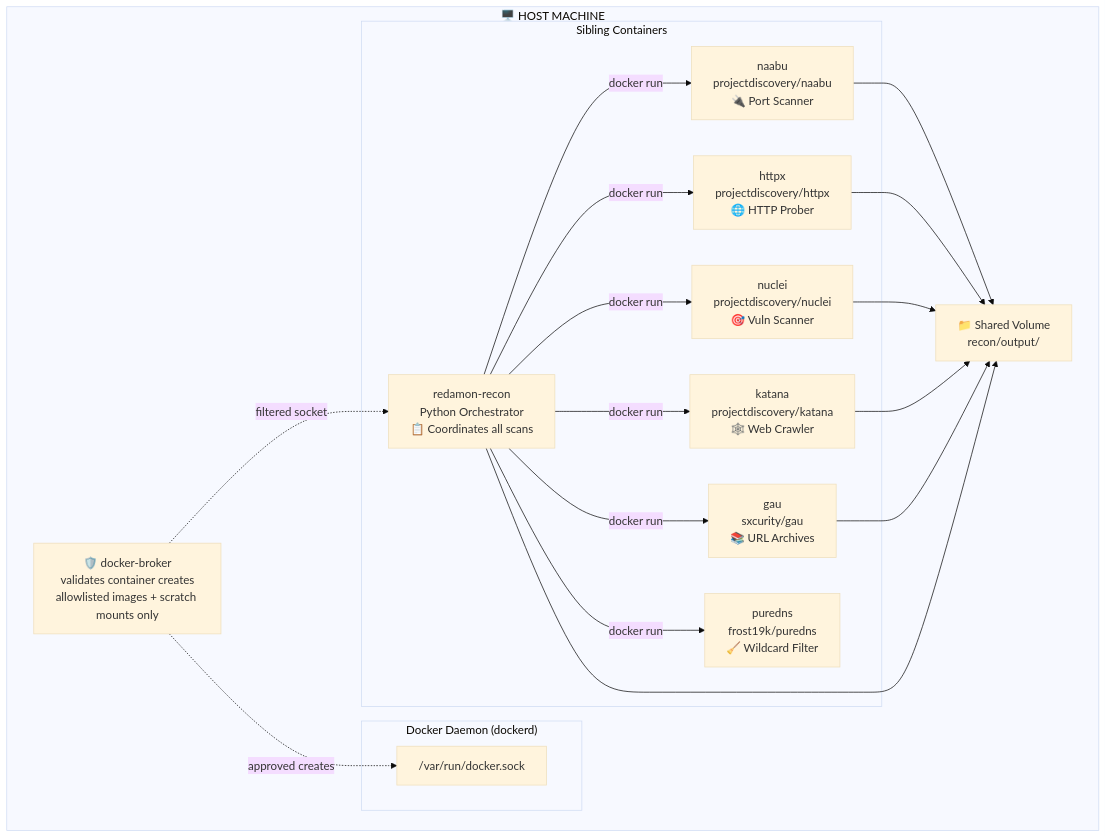
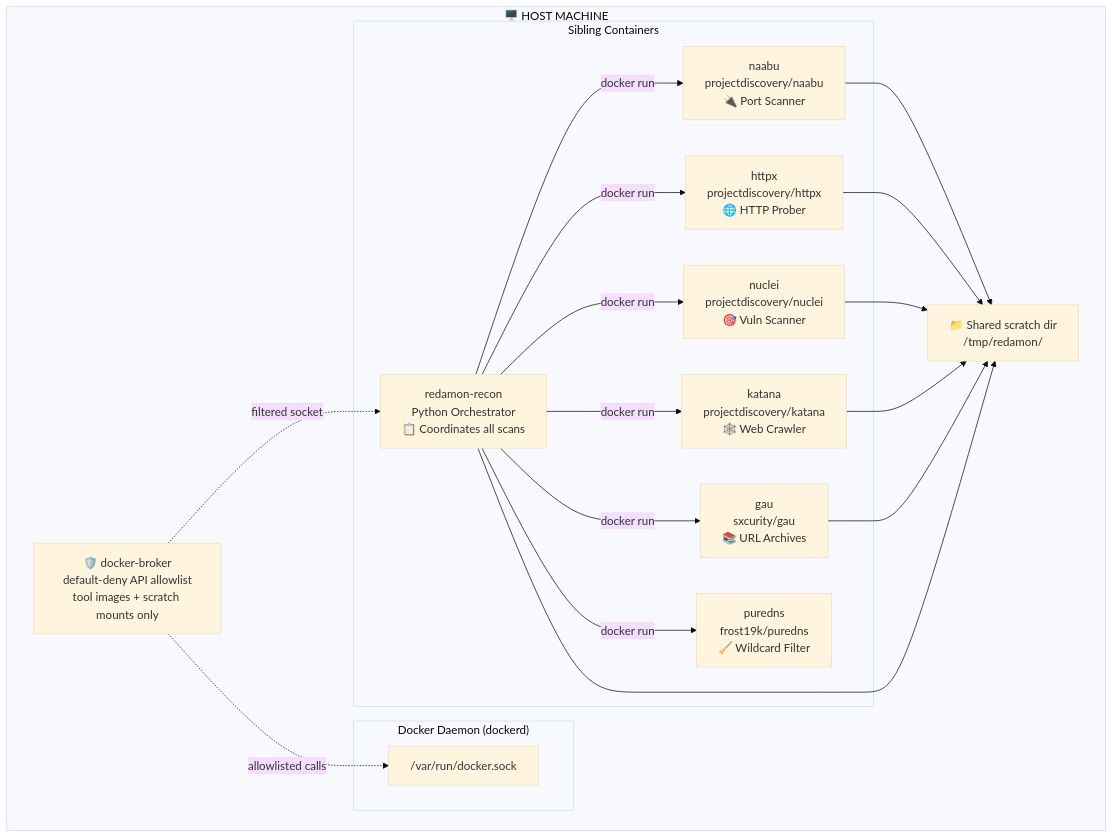
Before and after one commit to samugit83/redamon: the second of 17 diagrams in docs/readmes/README.RECON.md, drawn with Mermaid (base theme). The commit also changed other lines of this file and 13 other files, not shown here.

````diff
--- a/docs/readmes/README.RECON.md
+++ b/docs/readmes/README.RECON.md
@@ -165,38 +165,38 @@
 ```mermaid
 flowchart TB
     subgraph Host["🖥️ HOST MACHINE"]
         subgraph DockerDaemon["Docker Daemon (dockerd)"]
             Socket["/var/run/docker.sock"]
         end
 
-        Broker["🛡️ docker-broker<br/>validates container creates<br/>allowlisted images + scratch mounts only"]
+        Broker["🛡️ docker-broker<br/>default-deny API allowlist<br/>tool images + scratch mounts only"]
 
         subgraph Containers["Sibling Containers"]
             Recon["redamon-recon<br/>Python Orchestrator<br/>📋 Coordinates all scans"]
             NaabuC["naabu<br/>projectdiscovery/naabu<br/>🔌 Port Scanner"]
             HttpxC["httpx<br/>projectdiscovery/httpx<br/>🌐 HTTP Prober"]
             NucleiC["nuclei<br/>projectdiscovery/nuclei<br/>🎯 Vuln Scanner"]
             KatanaC["katana<br/>projectdiscovery/katana<br/>🕸️ Web Crawler"]
             GAUC["gau<br/>sxcurity/gau<br/>📚 URL Archives"]
             PurednsC["puredns<br/>frost19k/puredns<br/>🧹 Wildcard Filter"]
         end
 
-        Volume["📁 Shared Volume<br/>recon/output/"]
+        Volume["📁 Shared scratch dir<br/>/tmp/redamon/"]
     end
 
     Broker -.->|filtered socket| Recon
-    Broker -.->|approved creates| Socket
+    Broker -.->|allowlisted calls| Socket
     Recon -->|docker run| NaabuC
     Recon -->|docker run| HttpxC
     Recon -->|docker run| NucleiC
     Recon -->|docker run| KatanaC
     Recon -->|docker run| GAUC
     Recon -->|docker run| PurednsC
 
     NaabuC --> Volume
     HttpxC --> Volume
     NucleiC --> Volume
     KatanaC --> Volume
     GAUC --> Volume
     Recon --> Volume
 ```
````
